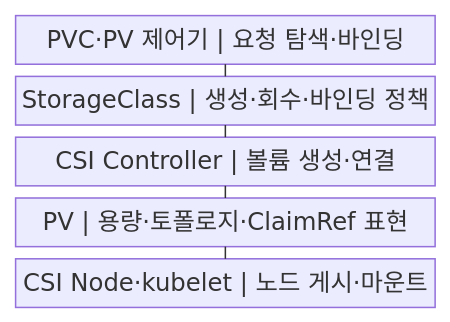
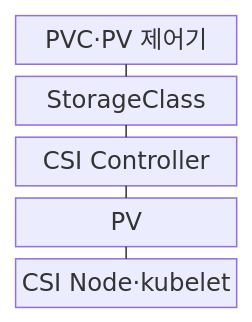
Before and after one commit to agnusdei1207/knowledge-base: the first of 2 diagrams in src/content/docs/notes/03-software/157_kubernetes_storage.md, drawn with Mermaid. The commit also changed other lines of this file and 238 other files, not shown here.

````diff
--- a/src/content/docs/notes/03-software/157_kubernetes_storage.md
+++ b/src/content/docs/notes/03-software/157_kubernetes_storage.md
@@ -55,13 +55,13 @@
 ```mermaid
-block
+block-beta
     columns 1
-    A["PVC·PV 제어기 | 요청 탐색·바인딩"]
-    B["StorageClass | 생성·회수·바인딩 정책"]
-    C["CSI Controller | 볼륨 생성·연결"]
-    D["PV | 용량·토폴로지·ClaimRef 표현"]
-    E["CSI Node·kubelet | 노드 게시·마운트"]
+    A["PVC·PV 제어기"]
+    B["StorageClass"]
+    C["CSI Controller"]
+    D["PV"]
+    E["CSI Node·kubelet"]
     A --- B
     B --- C
     C --- D
     D --- E
 ```
````
